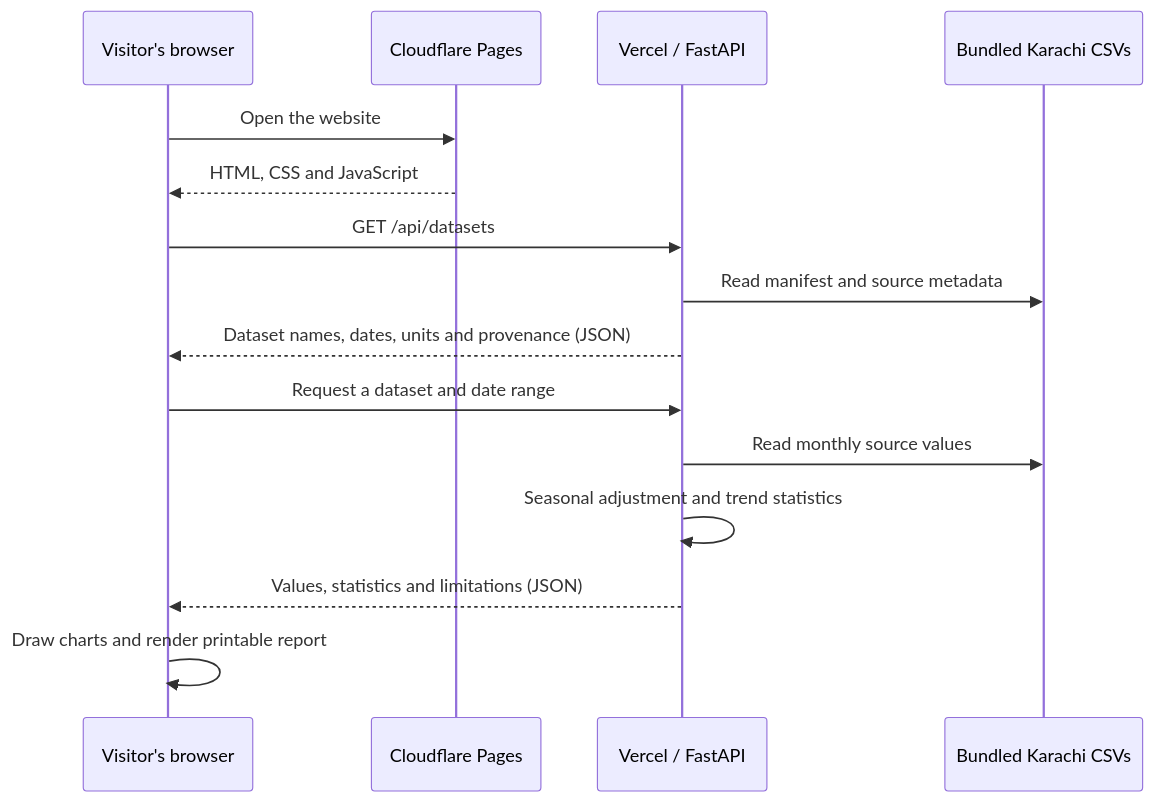
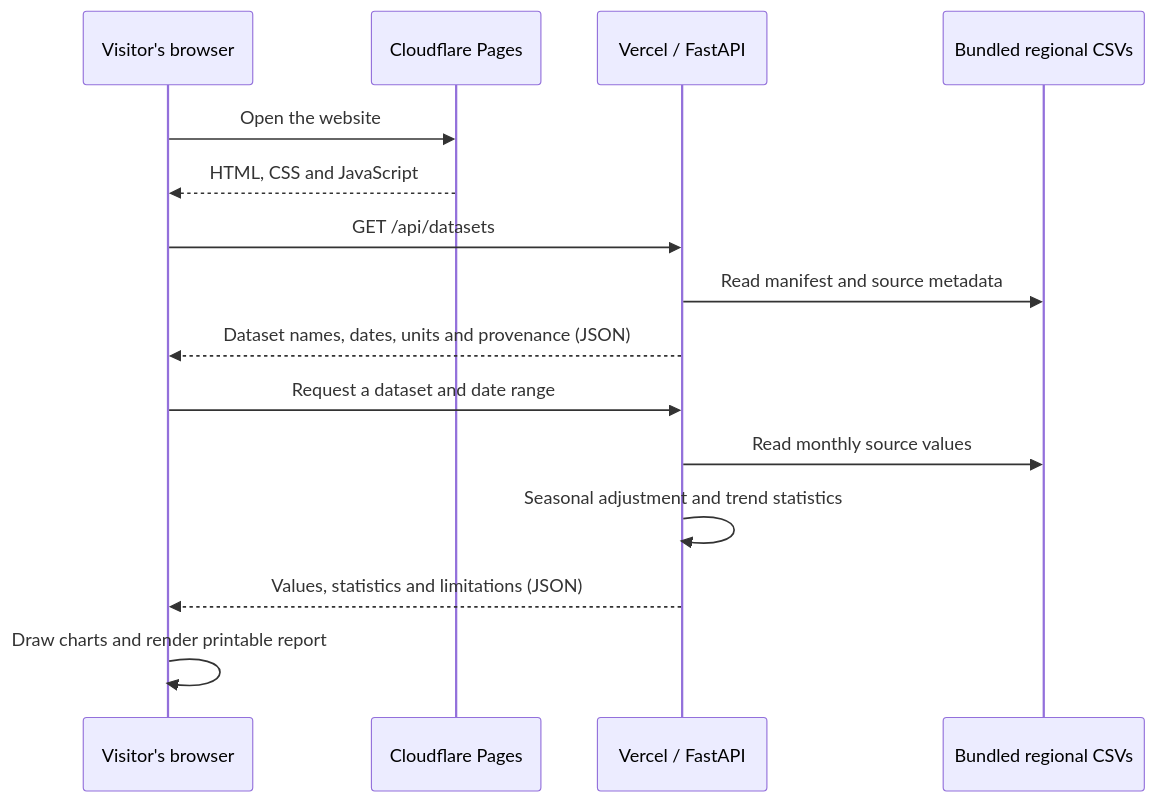
The diagram in docs/DEPLOYMENT.md (codewithaayan/Nasa-Space-Apps-Challenge-Team-Aetherion), drawn with Mermaid before and after one commit. The commit also changed other lines of this file and 19 other files, not shown here.

````diff
--- a/docs/DEPLOYMENT.md
+++ b/docs/DEPLOYMENT.md
@@ -29,17 +29,17 @@
 ```mermaid
 sequenceDiagram
     participant B as Visitor's browser
     participant C as Cloudflare Pages
     participant V as Vercel / FastAPI
-    participant D as Bundled Karachi CSVs
+    participant D as Bundled regional CSVs
     B->>C: Open the website
     C-->>B: HTML, CSS and JavaScript
     B->>V: GET /api/datasets
     V->>D: Read manifest and source metadata
     V-->>B: Dataset names, dates, units and provenance (JSON)
     B->>V: Request a dataset and date range
     V->>D: Read monthly source values
     V->>V: Seasonal adjustment and trend statistics
     V-->>B: Values, statistics and limitations (JSON)
     B->>B: Draw charts and render printable report
 ```
````
